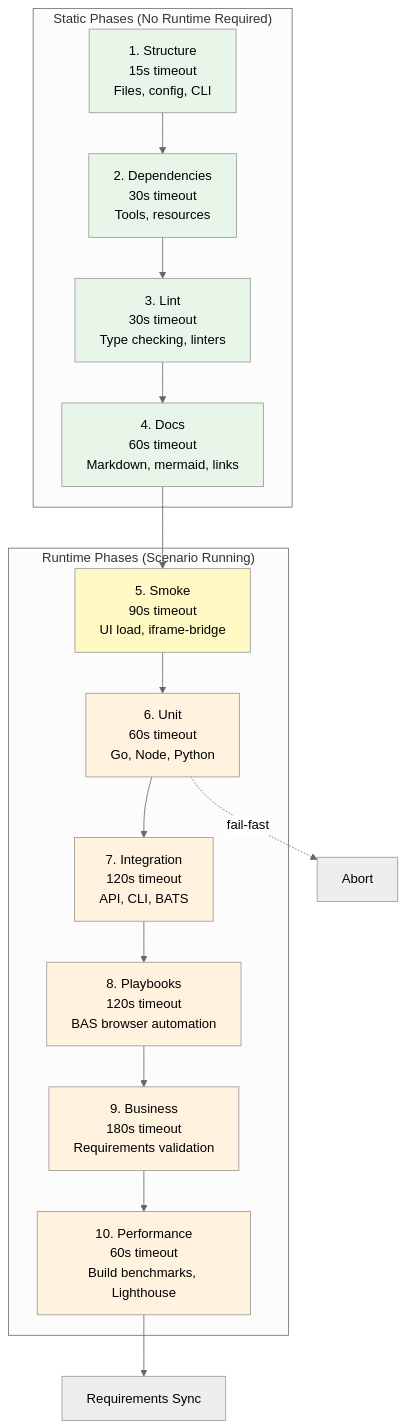
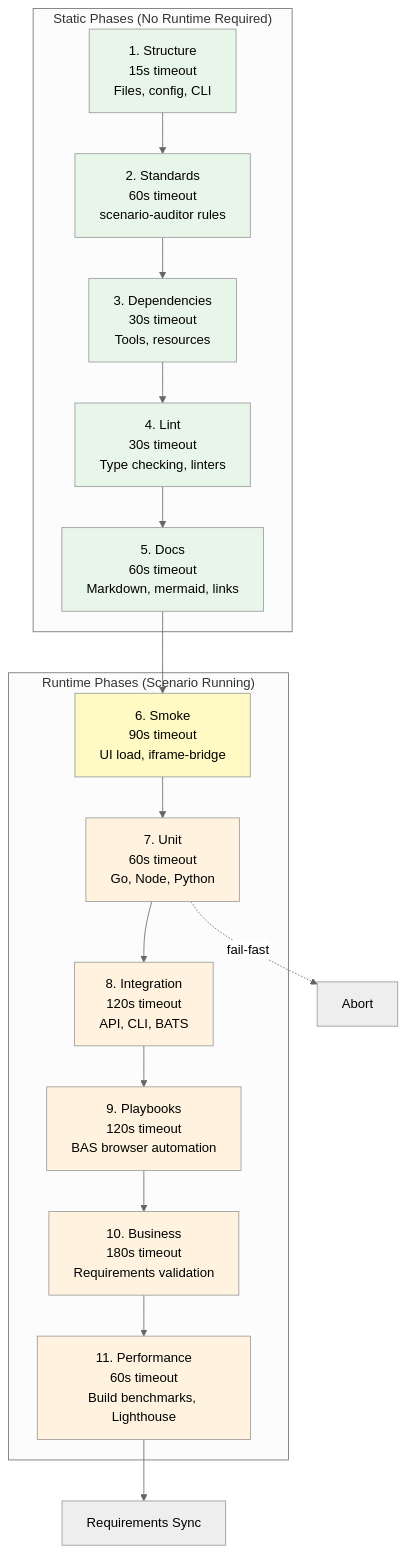
The diagram in scenarios/test-genie/docs/phases/README.md (Vrooli/Vrooli), drawn with Mermaid (neutral theme) before and after one commit. The commit also changed other lines of this file and 91 other files, not shown here.

````diff
--- a/scenarios/test-genie/docs/phases/README.md
+++ b/scenarios/test-genie/docs/phases/README.md
@@ -7,34 +7,36 @@
 ```mermaid
 graph TB
     subgraph "Static Phases (No Runtime Required)"
         P1[1. Structure<br/>15s timeout<br/>Files, config, CLI]
-        P2[2. Dependencies<br/>30s timeout<br/>Tools, resources]
-        P3[3. Lint<br/>30s timeout<br/>Type checking, linters]
-        P4[4. Docs<br/>60s timeout<br/>Markdown, mermaid, links]
+        P2[2. Standards<br/>60s timeout<br/>scenario-auditor rules]
+        P3[3. Dependencies<br/>30s timeout<br/>Tools, resources]
+        P4[4. Lint<br/>30s timeout<br/>Type checking, linters]
+        P5[5. Docs<br/>60s timeout<br/>Markdown, mermaid, links]
     end
 
     subgraph "Runtime Phases (Scenario Running)"
-        P5[5. Smoke<br/>90s timeout<br/>UI load, iframe-bridge]
-        P6[6. Unit<br/>60s timeout<br/>Go, Node, Python]
-        P7[7. Integration<br/>120s timeout<br/>API, CLI, BATS]
-        P8[8. Playbooks<br/>120s timeout<br/>BAS browser automation]
-        P9[9. Business<br/>180s timeout<br/>Requirements validation]
-        P10[10. Performance<br/>60s timeout<br/>Build benchmarks, Lighthouse]
+        P6[6. Smoke<br/>90s timeout<br/>UI load, iframe-bridge]
+        P7[7. Unit<br/>60s timeout<br/>Go, Node, Python]
+        P8[8. Integration<br/>120s timeout<br/>API, CLI, BATS]
+        P9[9. Playbooks<br/>120s timeout<br/>BAS browser automation]
+        P10[10. Business<br/>180s timeout<br/>Requirements validation]
+        P11[11. Performance<br/>60s timeout<br/>Build benchmarks, Lighthouse]
     end
 
-    P1 --> P2 --> P3 --> P4 --> P5 --> P6 --> P7 --> P8 --> P9 --> P10
+    P1 --> P2 --> P3 --> P4 --> P5 --> P6 --> P7 --> P8 --> P9 --> P10 --> P11
 
-    P6 -.->|fail-fast| ABORT[Abort]
-    P10 --> SYNC[Requirements Sync]
+    P7 -.->|fail-fast| ABORT[Abort]
+    P11 --> SYNC[Requirements Sync]
 
     style P1 fill:#e8f5e9
     style P2 fill:#e8f5e9
     style P3 fill:#e8f5e9
     style P4 fill:#e8f5e9
-    style P5 fill:#fff9c4
-    style P6 fill:#fff3e0
+    style P5 fill:#e8f5e9
+    style P6 fill:#fff9c4
     style P7 fill:#fff3e0
     style P8 fill:#fff3e0
     style P9 fill:#fff3e0
     style P10 fill:#fff3e0
+    style P11 fill:#fff3e0
 ```
````
